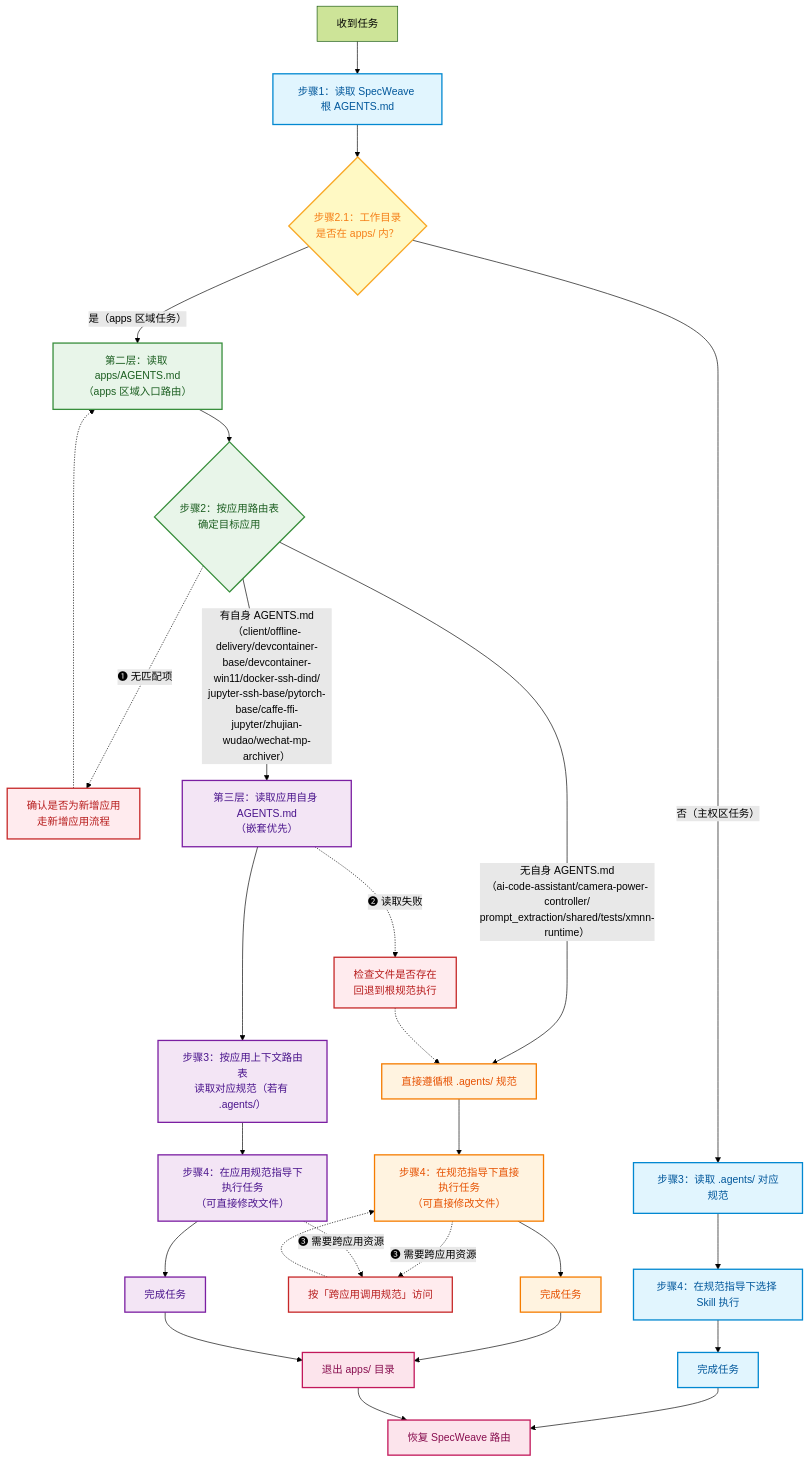
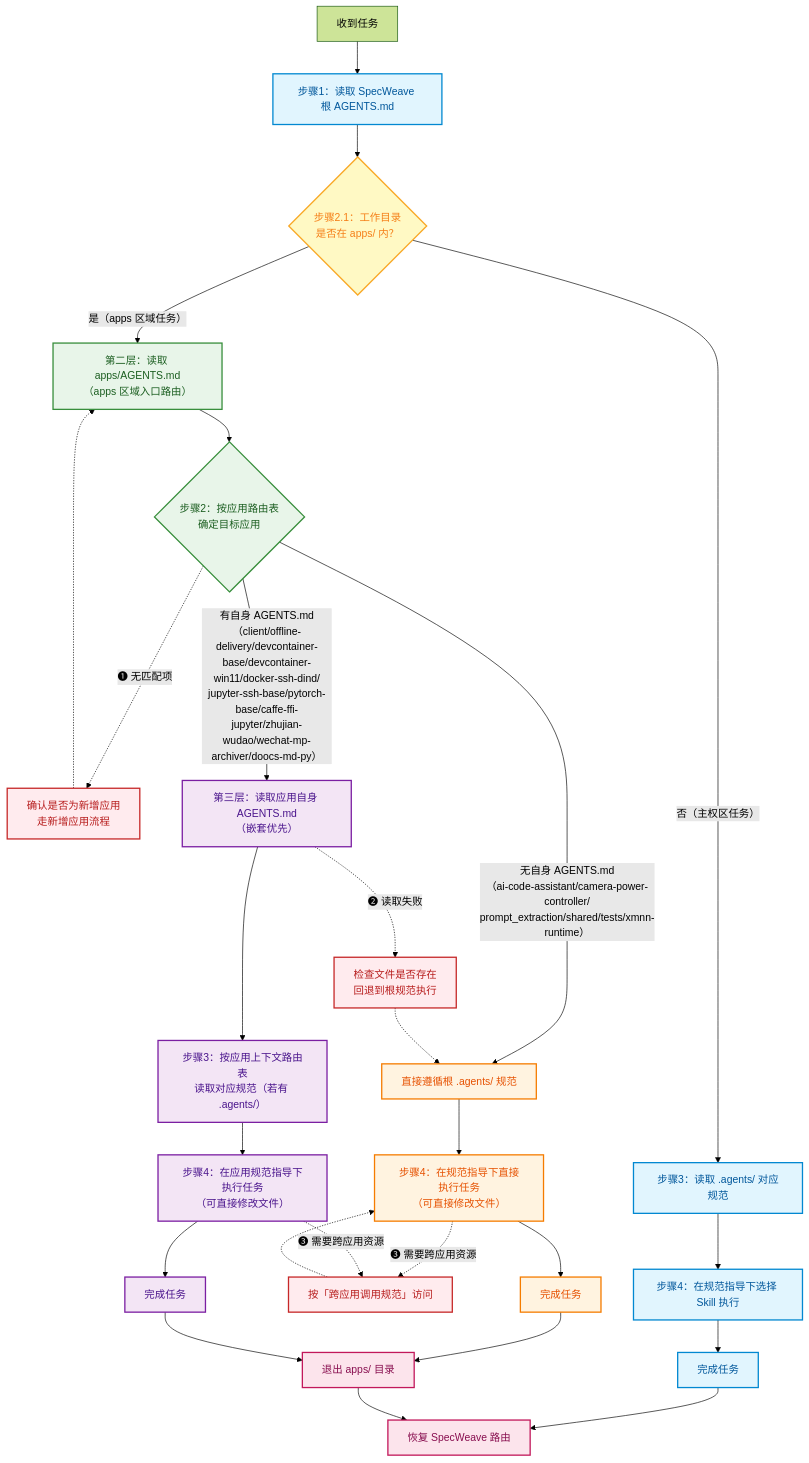
The diagram in apps/AGENTS.md (xinetzone/SpecWeave), drawn with Mermaid (forest theme) before and after one commit. The commit also changed other lines of this file and 9 other files, not shown here.

````diff
--- a/apps/AGENTS.md
+++ b/apps/AGENTS.md
@@ -120,43 +124,43 @@
 ```mermaid
 flowchart TD
     Start["收到任务"] --> Step1["步骤1：读取 SpecWeave 根 AGENTS.md"]
     Step1 --> Step21{"步骤2.1：工作目录<br/>是否在 apps/ 内？"}
     Step21 -->|"否（主权区任务）"| Step3A["步骤3：读取 .agents/ 对应规范"]
     Step3A --> Step4A["步骤4：在规范指导下选择 Skill 执行"]
     Step4A --> Done1["完成任务"]
     Step21 -->|"是（apps 区域任务）"| Layer2["第二层：读取 apps/AGENTS.md<br/>（apps 区域入口路由）"]
     Layer2 --> SubApp{"步骤2：按应用路由表<br/>确定目标应用"}
     SubApp -.->|"❶ 无匹配项"| E1["确认是否为新增应用<br/>走新增应用流程"]
     E1 -.-> Layer2
-    SubApp -->|"有自身 AGENTS.md<br/>（client/offline-delivery/devcontainer-base/devcontainer-win11/docker-ssh-dind/<br/>jupyter-ssh-base/pytorch-base/caffe-ffi-jupyter/zhujian-wudao/wechat-mp-archiver）"| Layer3["第三层：读取应用自身 AGENTS.md<br/>（嵌套优先）"]
+    SubApp -->|"有自身 AGENTS.md<br/>（client/offline-delivery/devcontainer-base/devcontainer-win11/docker-ssh-dind/<br/>jupyter-ssh-base/pytorch-base/caffe-ffi-jupyter/zhujian-wudao/wechat-mp-archiver/doocs-md-py）"| Layer3["第三层：读取应用自身 AGENTS.md<br/>（嵌套优先）"]
     SubApp -->|"无自身 AGENTS.md<br/>（ai-code-assistant/camera-power-controller/<br/>prompt_extraction/shared/tests/xmnn-runtime）"| Direct["直接遵循根 .agents/ 规范"]
     Layer3 -.->|"❷ 读取失败"| E2["检查文件是否存在<br/>回退到根规范执行"]
     E2 -.-> Direct
     Layer3 --> Step3B["步骤3：按应用上下文路由表<br/>读取对应规范（若有 .agents/）"]
     Direct --> Step4B["步骤4：在规范指导下直接执行任务<br/>（可直接修改文件）"]
     Step3B --> Step4C["步骤4：在应用规范指导下执行任务<br/>（可直接修改文件）"]
     Step4B -.->|"❸ 需要跨应用资源"| E3["按「跨应用调用规范」访问"]
     Step4C -.->|"❸ 需要跨应用资源"| E3
     E3 -.-> Step4B
     Step4B --> Done2["完成任务"]
     Step4C --> Done3["完成任务"]
     Done2 --> Exit["退出 apps/ 目录"]
     Done3 --> Exit
     Done1 --> Restore["恢复 SpecWeave 路由"]
     Exit --> Restore
     %% 样式分层
     classDef specWeave fill:#e1f5fe,stroke:#0288d1,stroke-width:2px,color:#01579b
     classDef apps fill:#e8f5e9,stroke:#388e3c,stroke-width:2px,color:#1b5e20
     classDef appWithAgents fill:#f3e5f5,stroke:#7b1fa2,stroke-width:2px,color:#4a148c
     classDef appDirect fill:#fff3e0,stroke:#f57c00,stroke-width:2px,color:#e65100
     classDef exit fill:#fce4ec,stroke:#c2185b,stroke-width:2px,color:#880e4f
     classDef decision fill:#fff9c4,stroke:#f9a825,stroke-width:2px,color:#f57f17
     classDef error fill:#ffebee,stroke:#c62828,stroke-width:2px,color:#b71c1c
     class Step1,Step3A,Step4A,Done1 specWeave
     class Layer2,SubApp apps
     class Layer3,Step3B,Step4C,Done3 appWithAgents
     class Direct,Step4B,Done2 appDirect
     class Step21 decision
     class Exit,Restore exit
     class E1,E2,E3 error
 ```
````
